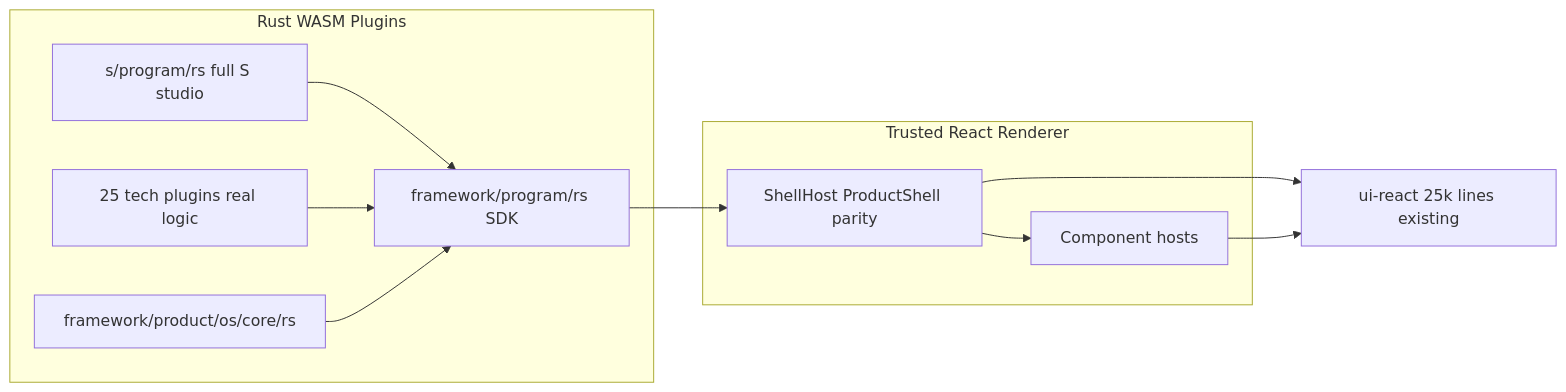
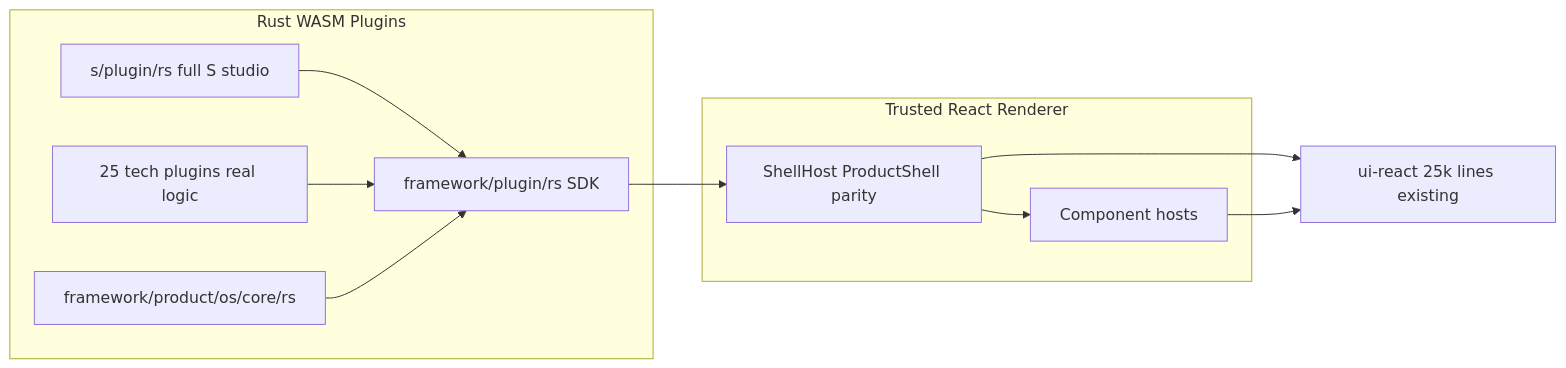
The diagram in .cursor/plans/s_studio_full_parity_port_145ba465.plan.md (usalu/semio), drawn with Mermaid before and after one commit. The commit also changed other lines of this file and 663 other files, not shown here.

````diff
--- a/.cursor/plans/s_studio_full_parity_port_145ba465.plan.md
+++ b/.cursor/plans/s_studio_full_parity_port_145ba465.plan.md
@@ -50,20 +50,20 @@
 ```mermaid
 flowchart LR
     subgraph rust [Rust WASM Plugins]
-        splugin[s/program/rs full S studio]
+        splugin[s/plugin/rs full S studio]
         techplugins[25 tech plugins real logic]
-        sdk[framework/program/rs SDK]
+        sdk[framework/plugin/rs SDK]
         oscore[framework/product/os/core/rs]
     end
     subgraph renderer [Trusted React Renderer]
         shell[ShellHost ProductShell parity]
         hosts[Component hosts]
     end
     uireact[ui-react 25k lines existing]
     splugin --> sdk --> shell
     techplugins --> sdk
     oscore --> sdk
     shell --> uireact
     hosts --> uireact
     shell --> hosts
 ```
````
